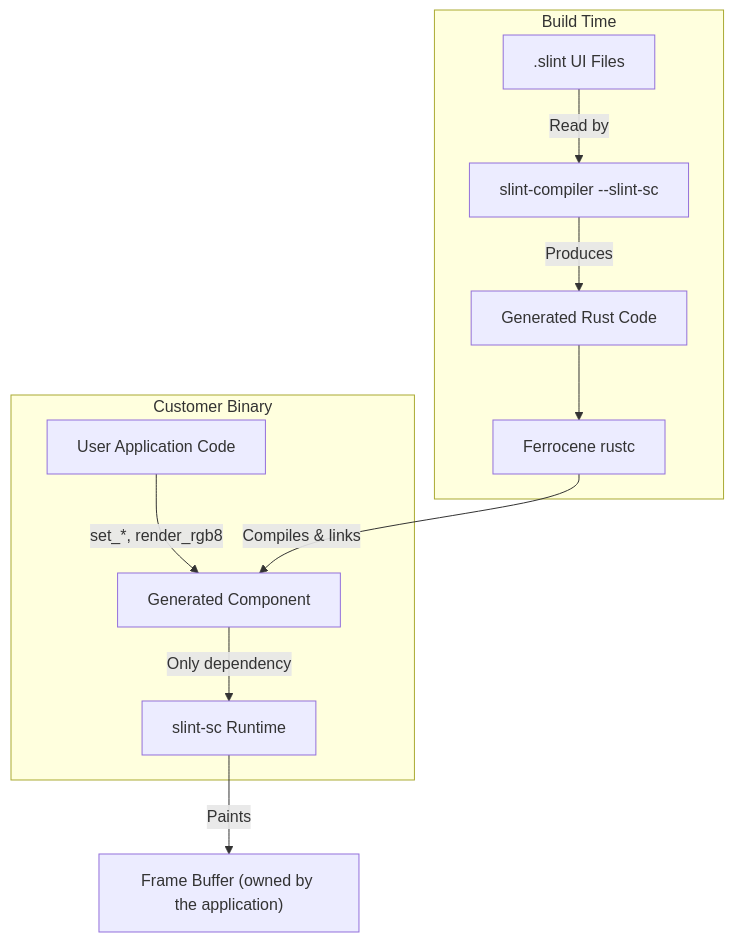
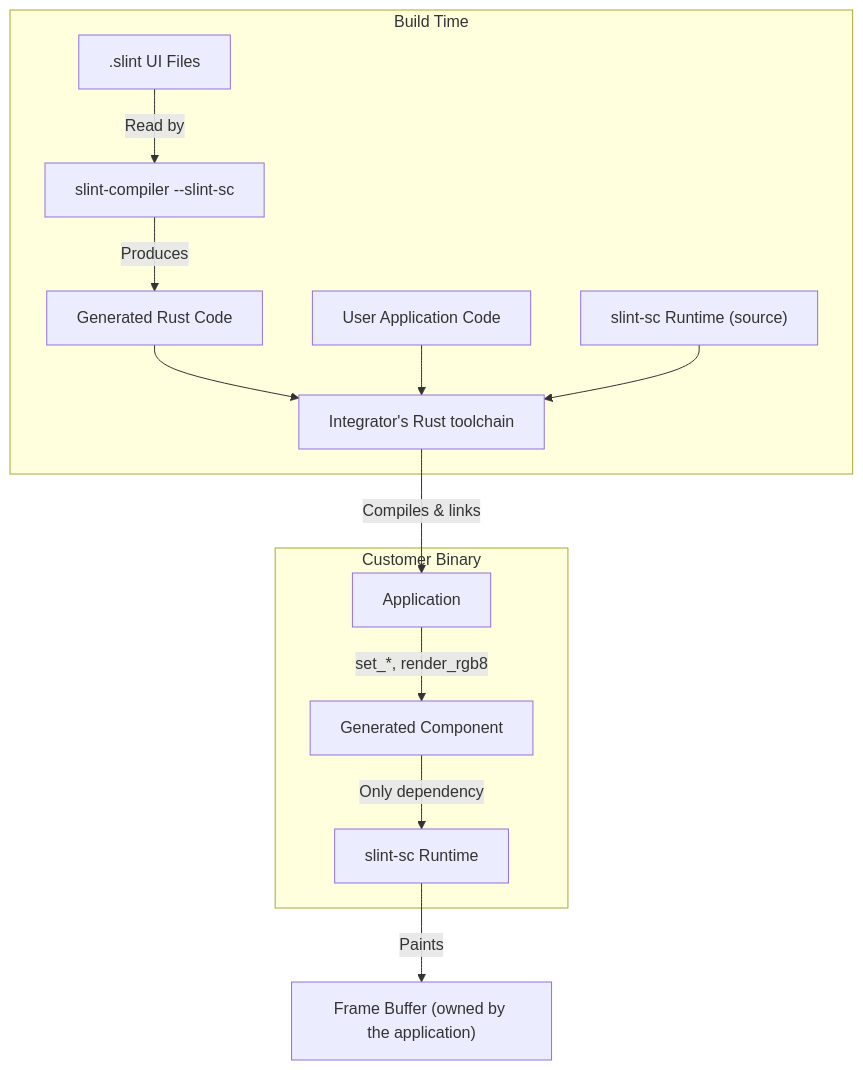
Before and after one commit to slint-ui/slint: the first of 2 diagrams in docs/safety/src/content/docs/qualification-plan/architecture.mdx, drawn with Mermaid. The commit also changed other lines of this file and 3 other files, not shown here.

First line of the commit message:
Safety manual: the integrator's toolchain compiles everything

````diff
--- a/docs/safety/src/content/docs/qualification-plan/architecture.mdx
+++ b/docs/safety/src/content/docs/qualification-plan/architecture.mdx
@@ -61,25 +64,29 @@
 ```mermaid
 flowchart TD
     subgraph Build Time
         SlintFiles[".slint UI Files"]
         Compiler["slint-compiler --slint-sc"]
         Generated["Generated Rust Code"]
-        RustC["Ferrocene rustc"]
+        AppSource["User Application Code"]
+        RuntimeSource["slint-sc Runtime (source)"]
+        RustC["Integrator's Rust toolchain"]
 
         SlintFiles --> |Read by| Compiler
         Compiler --> |Produces| Generated
         Generated --> RustC
+        AppSource --> RustC
+        RuntimeSource --> RustC
     end
 
     subgraph Customer Binary
-        AppCode["User Application Code"]
+        AppCode["Application"]
         Component["Generated Component"]
         Runtime["slint-sc Runtime"]
 
         AppCode --> |set_*, render_rgb8| Component
         Component --> |Only dependency| Runtime
     end
 
-    RustC --> |Compiles & links| Component
+    RustC --> |Compiles & links| AppCode
     Runtime --> |Paints| FrameBuffer["Frame Buffer (owned by the application)"]
 ```
````
